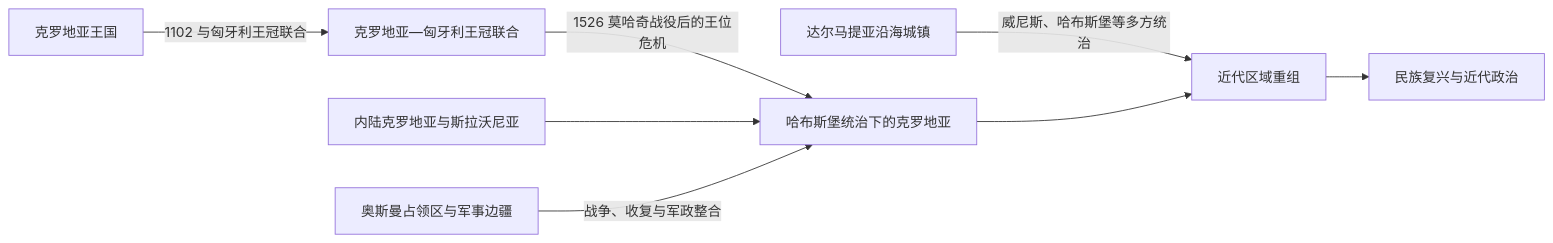
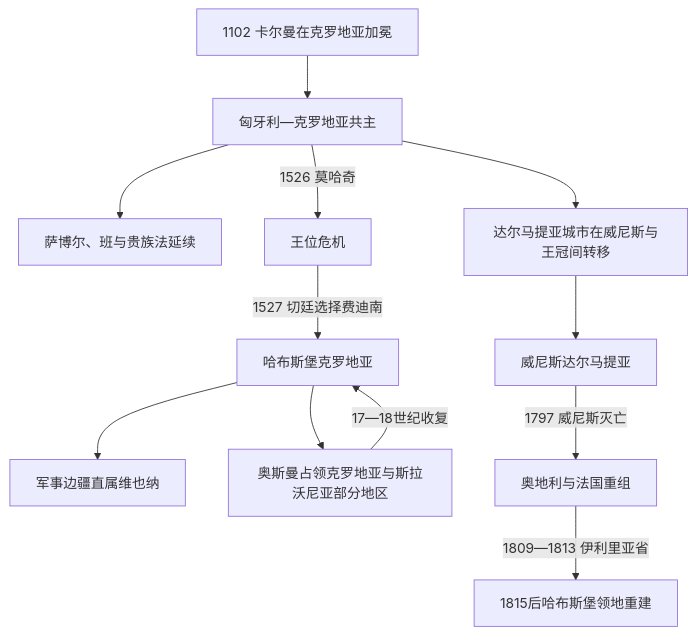
Before and after one commit to tianlan-dev/learning-notes: the diagram in 人文科学/历史/欧洲/东南欧与巴尔干/克罗地亚/匈牙利联合与哈布斯堡时期.md, drawn with Mermaid. The commit also changed other lines of this file and 1417 other files, not shown here.

````diff
--- a/人文科学/历史/欧洲/东南欧与巴尔干/克罗地亚/匈牙利联合与哈布斯堡时期.md
+++ b/人文科学/历史/欧洲/东南欧与巴尔干/克罗地亚/匈牙利联合与哈布斯堡时期.md
@@ -15,10 +17,14 @@
 ```mermaid
-flowchart LR
-    Kingdom["克罗地亚王国"] -->|"1102 与匈牙利王冠联合"| Union["克罗地亚—匈牙利王冠联合"]
-    Union -->|"1526 莫哈奇战役后的王位危机"| Habsburg["哈布斯堡统治下的克罗地亚"]
-    Inland["内陆克罗地亚与斯拉沃尼亚"] --> Habsburg
-    Border["奥斯曼占领区与军事边疆"] -->|"战争、收复与军政整合"| Habsburg
-    Coast["达尔马提亚沿海城镇"] -->|"威尼斯、哈布斯堡等多方统治"| Transition["近代区域重组"]
-    Habsburg --> Transition
-    Transition --> Revival["民族复兴与近代政治"]
+flowchart TD
+    A["1102 卡尔曼在克罗地亚加冕"] --> B["匈牙利—克罗地亚共主"]
+    B --> C["萨博尔、班与贵族法延续"]
+    B --> D["达尔马提亚城市在威尼斯与王冠间转移"]
+    B -->|1526 莫哈奇| E["王位危机"]
+    E -->|1527 切廷选择费迪南| F["哈布斯堡克罗地亚"]
+    F --> G["军事边疆直属维也纳"]
+    F --> H["奥斯曼占领克罗地亚与斯拉沃尼亚部分地区"]
+    D --> I["威尼斯达尔马提亚"]
+    H -->|17—18世纪收复| F
+    I -->|1797 威尼斯灭亡| J["奥地利与法国重组"]
+    J -->|1809—1813 伊利里亚省| K["1815后哈布斯堡领地重建"]
 ```
````
